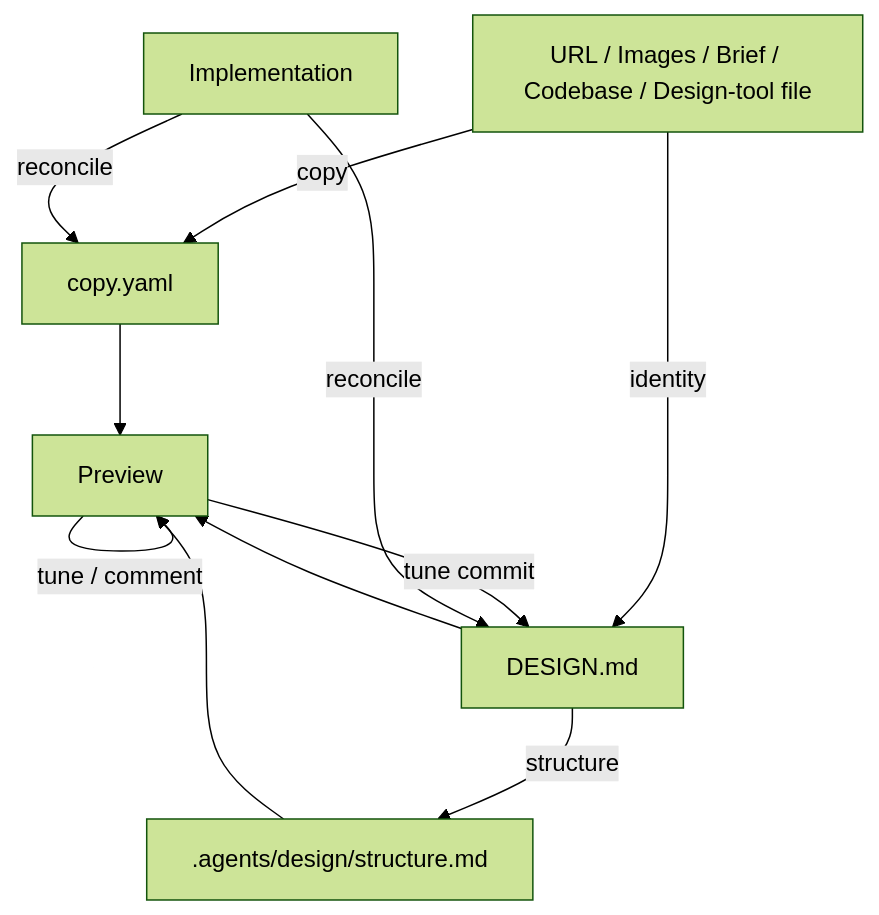
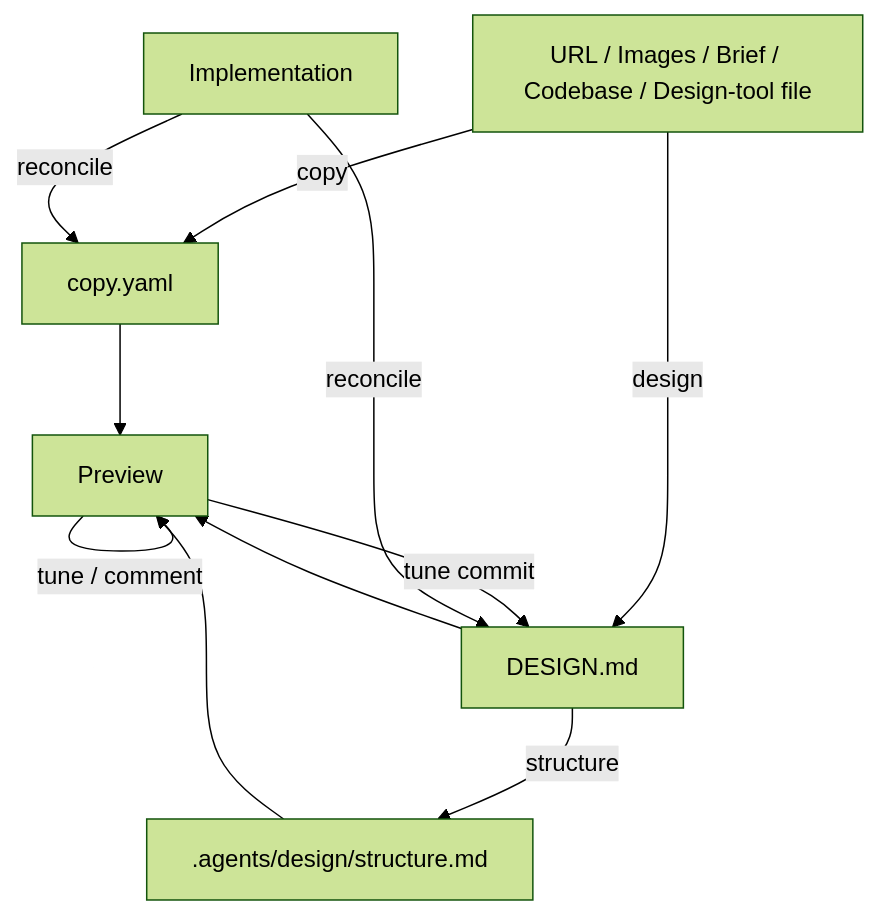
The diagram in skills/product/design-builder/README.md (adeonir/agent-skills), drawn with Mermaid (forest theme) before and after one commit. The commit also changed other lines of this file and 8 other files, not shown here.

First line of the commit message:
refactor(design-builder): rename identity phase to design

````diff
--- a/skills/product/design-builder/README.md
+++ b/skills/product/design-builder/README.md
@@ -7,13 +7,13 @@
 ```mermaid
 flowchart TD
     A[URL / Images / Brief / Codebase / Design-tool file] -->|copy| B1[copy.yaml]
-    A -->|identity| B2[DESIGN.md]
+    A -->|design| B2[DESIGN.md]
     B2 -->|structure| C[.agents/design/structure.md]
     B1 --> D[Preview]
     B2 --> D
     C --> D
     D -->|tune / comment| D
     D -->|tune commit| B2
     Impl[Implementation] -->|reconcile| B2
     Impl -->|reconcile| B1
 ```
````
